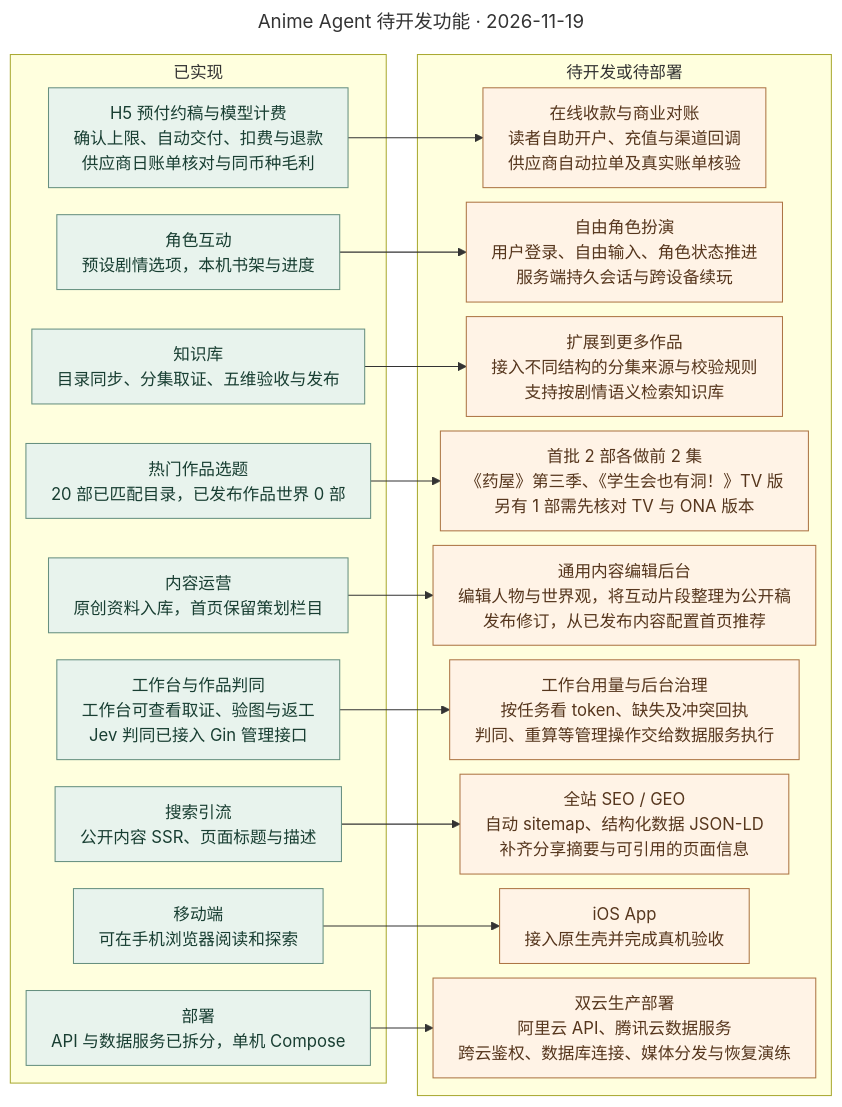
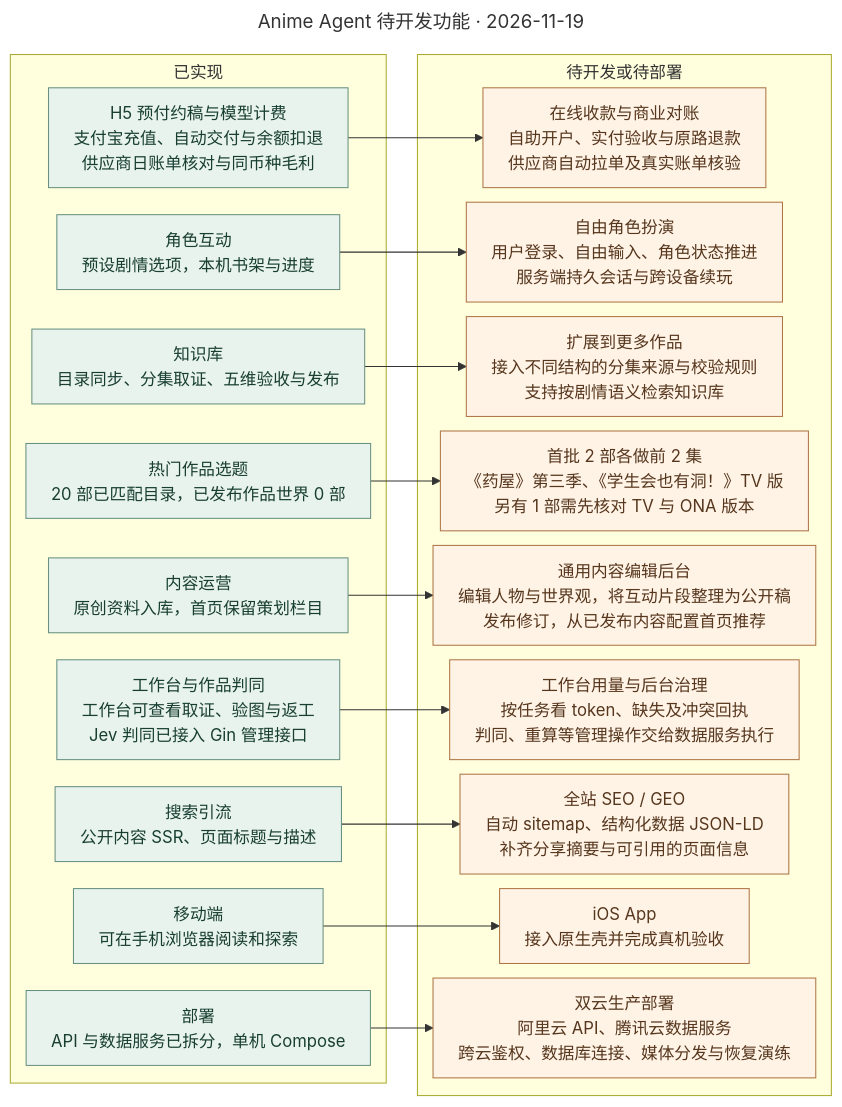
The diagram in docs/diagrams/backlog.mmd (bluedao10000/player), drawn with Mermaid before and after one commit. The commit also changed 17 other files, not shown here.

```diff
--- a/docs/diagrams/backlog.mmd
+++ b/docs/diagrams/backlog.mmd
@@ -1,67 +1,67 @@
 ---
 title: Anime Agent 待开发功能 · 2026-11-19
 config:
   flowchart:
     wrappingWidth: 410
     nodeSpacing: 14
     rankSpacing: 30
     padding: 12
     subGraphTitleMargin:
       top: 5
       bottom: 10
 ---
-%% 2026-11-19 · main，以 3315d40 后的 H5 购买实现及本地作品目录为基线。各行独立，箭头连接已有能力及其缺口。
+%% 2026-11-19 · main，以 f869f68 后的支付宝充值实现及本地作品目录为基线。各行独立，箭头连接已有能力及其缺口。
 flowchart LR
     subgraph current["已实现"]
-        metering["H5 预付约稿与模型计费<br/>确认上限、自动交付、扣费与退款<br/>供应商日账单核对与同币种毛利"]
+        metering["H5 预付约稿与模型计费<br/>支付宝充值、自动交付与余额扣退<br/>供应商日账单核对与同币种毛利"]
         play["角色互动<br/>预设剧情选项，本机书架与进度"]
         kb["知识库<br/>目录同步、分集取证、五维验收与发布"]
         picks["热门作品选题<br/>20 部已匹配目录，已发布作品世界 0 部"]
         edit["内容运营<br/>原创资料入库，首页保留策划栏目"]
         desk["工作台与作品判同<br/>工作台可查看取证、验图与返工<br/>Jev 判同已接入 Gin 管理接口"]
         seo["搜索引流<br/>公开内容 SSR、页面标题与描述"]
         app["移动端<br/>可在手机浏览器阅读和探索"]
         ops["部署<br/>API 与数据服务已拆分，单机 Compose"]
     end
     subgraph remaining["待开发或待部署"]
-        bill["在线收款与商业对账<br/>读者自助开户、充值与渠道回调<br/>供应商自动拉单及真实账单核验"]
+        bill["在线收款与商业对账<br/>自助开户、实付验收与原路退款<br/>供应商自动拉单及真实账单核验"]
         rp["自由角色扮演<br/>用户登录、自由输入、角色状态推进<br/>服务端持久会话与跨设备续玩"]
         expand["扩展到更多作品<br/>接入不同结构的分集来源与校验规则<br/>支持按剧情语义检索知识库"]
         pilot["首批 2 部各做前 2 集<br/>《药屋》第三季、《学生会也有洞！》TV 版<br/>另有 1 部需先核对 TV 与 ONA 版本"]
         cms["通用内容编辑后台<br/>编辑人物与世界观，将互动片段整理为公开稿<br/>发布修订，从已发布内容配置首页推荐"]
         console["工作台用量与后台治理<br/>按任务看 token、缺失及冲突回执<br/>判同、重算等管理操作交给数据服务执行"]
         growth["全站 SEO / GEO<br/>自动 sitemap、结构化数据 JSON-LD<br/>补齐分享摘要与可引用的页面信息"]
         ios["iOS App<br/>接入原生壳并完成真机验收"]
         cloud["双云生产部署<br/>阿里云 API、腾讯云数据服务<br/>跨云鉴权、数据库连接、媒体分发与恢复演练"]
     end
     metering --> bill
     play --> rp
     kb --> expand
     picks --> pilot
     edit --> cms
     desk --> console
     seo --> growth
     app --> ios
     ops --> cloud
     classDef done fill:#e8f3ed,stroke:#679080,color:#183e32;
     classDef todo fill:#fff3e6,stroke:#ad7545,color:#56361d;
     class metering,play,kb,picks,edit,desk,seo,app,ops done
     class bill,rp,expand,pilot,cms,console,growth,ios,cloud todo
 %% metering | 私有试稿订单锁定零售价，交付后按去重回执扣款，支持退款与供应商日账单对账。 | apps/api/internal/billing/api.go
-%% bill | 接入自助开户、真实收款与回调，将供应商自动拉单与真实合同费率校验接入现有账本。 | docs/模型用量与计费.md
+%% bill | 接入自助开户并完成支付宝实付验收与原路退款，将供应商自动拉单与真实合同费率校验接入现有账本。 | docs/模型用量与计费.md
 %% play | RoleplayComposer 从预设 options 选择下一步；原创故事的书架与进度保存在本机。 | apps/web/src/features/post/roleplay-controls.tsx
 %% rp | 当前 Pi 的持久任务服务于内容生产；面向读者的自由输入、服务端多轮会话、跨端身份与进度仍待接通。 | docs/产品架构.md
 %% kb | 数据服务按配置登记分集、调度取证与素材处理，验收后冻结已完成范围。 | apps/api/cmd/knowledge-sync/main.go
 %% expand | episodeSources 依赖 Naruto 官网页面结构及维基分集表；目录 API 按标题与别名查作品，接入另一种来源和剧情向量检索仍需开发。 | apps/agent/src/episode-plan.ts
 %% picks | 热度榜 20 项按 Bangumi ID 命中本地目录，其中 19 项符合现有 TV 与年份校验。 | docs/热门作品建库计划-2026-11-19.md
 %% pilot | 计划先验证续季集号与集内短篇，四集验收后用真实模型回执核算成本。《黑暗召唤师在地下恋爱中》的 TV/ONA 归属待核。 | docs/热门作品建库计划-2026-11-19.md
 %% edit | 首页作品入口读 Gin，部分港口栏目与原创推荐仍使用前端策划资料。 | apps/web/src/features/post/editorial.tsx
 %% cms | 已有分集自动验收发布；面向编辑的通用创作、修订、发布及首页配置后台仍待开发。 | docs/产品架构.md
 %% desk | 工作台 feed 汇集同步、质检、作品、研究、图片与范围记录，暂未消费管理端用量接口。 | apps/web/src/features/workbench/feed.ts
 %% console | 当前由已授权的 Gin 请求触发判同、部分质检和重算；跨云时数据服务需要异步命令和结果协议。 | apps/api/internal/knowledge/curation.go
 %% seo | H5 内容可 SSR，若干路由已有 head 元信息。 | apps/web/src/routes
 %% growth | 补齐可索引公开内容的 sitemap、统一结构化数据与传播摘要；索引和引用由搜索平台决定。 | docs/功能地图.md
 %% app | 角色、阅读、互动与书架路由已经支持移动 H5。 | apps/web/src/features/post
 %% ios | iOS 包装与真机交付待实施。 | docs/产品架构.md
 %% ops | Compose 已拆出 api、sync、research-agent，运行时仍使用本机卷。 | compose.yaml
 %% cloud | 双云为目标部署，还需跨云连通、服务身份、媒体可达、备份恢复和生产发布。 | docs/部署架构.md
```
